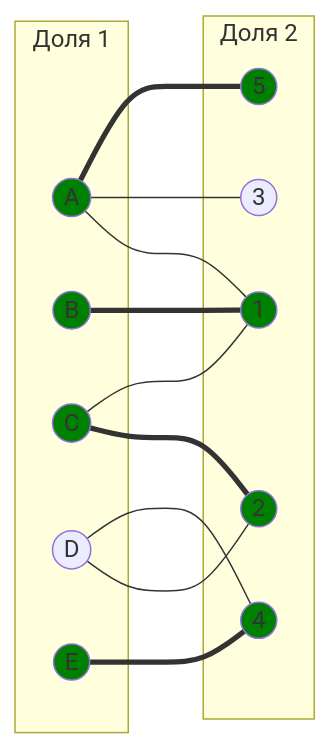
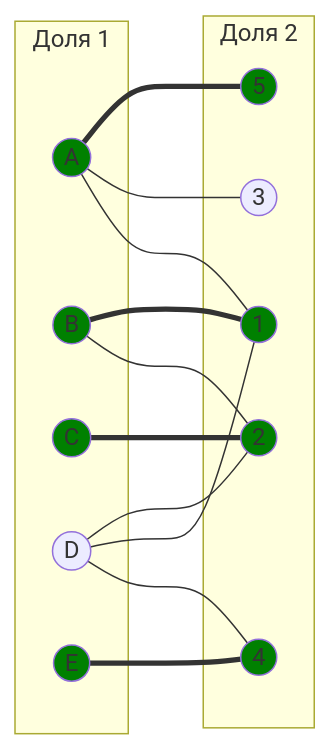
One commit to algos-ris-24-4/manual-tasks changed the ninth of 15 diagrams in Задание 8/programturtles.md. Above: the diagram before and after it, drawn with Mermaid. The commit also changed other lines of this file, not shown here.

````diff
--- a/Задание 8/programturtles.md
+++ b/Задание 8/programturtles.md
@@ -361,35 +377,36 @@
 ```mermaid
 graph LR
     subgraph "Доля 1"
         A((A))
         B((B))
         C((C))
         D((D))
         E((E))
     end
     subgraph "Доля 2"
         1((1))
         2((2))
         3((3))
         4((4))
         5((5))
     end
     A --- 1
     A --- 3
     A === 5
+    B --- 2
     C === 2
-    D --- 2
+    D --- 4
     E === 4
     B === 1
-    C --- 1
-    D --- 4
+    D --- 1
+    D --- 2
 
     style A fill:#008000
     style B fill:#008000
     style E fill:#008000
     style 1 fill:#008000
     style 2 fill:#008000
     style 4 fill:#008000
     style C fill:#008000
     style 5 fill:#008000
 ```
````
